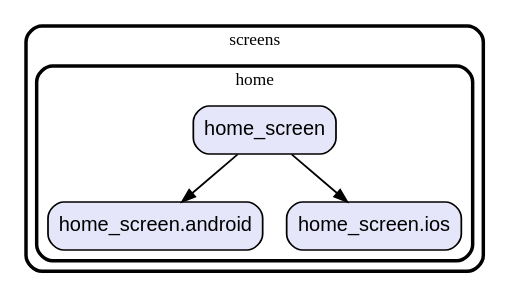
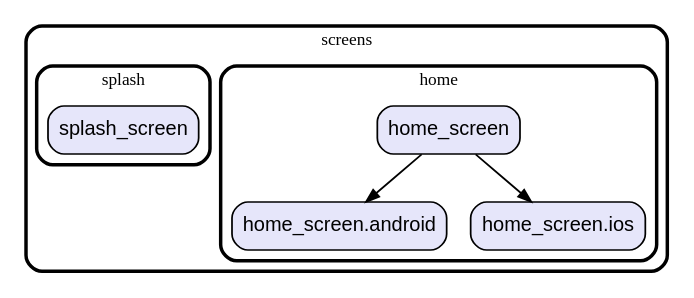
Before and after one commit to gev/reacthome-mobile: the diagram in graph/lib/ui/screens.dot, drawn with Graphviz. The commit also changed 23 other files, not shown here.

Commit message:
update modules dependencies graph

```diff
--- a/graph/lib/ui/screens.dot
+++ b/graph/lib/ui/screens.dot
@@ -1,19 +1,24 @@
 digraph "" {
   graph [style=rounded fontname="Arial Black" fontsize=13 penwidth=2.6];
   node [shape=rect style="filled,rounded" fontname=Arial fontsize=15 fillcolor=Lavender penwidth=1.3];
   edge [penwidth=1.3];
   "/home/home_screen.android.dart" [label="home_screen.android"];
   "/home/home_screen.ios.dart" [label="home_screen.ios"];
   "/home/home_screen.dart" [label="home_screen"];
+  "/splash/splash_screen.dart" [label="splash_screen"];
   subgraph "cluster~" {
     label="screens";
     subgraph "cluster~/home" {
       label="home";
       "/home/home_screen.android.dart";
       "/home/home_screen.ios.dart";
       "/home/home_screen.dart";
     }
+    subgraph "cluster~/splash" {
+      label="splash";
+      "/splash/splash_screen.dart";
+    }
   }
   "/home/home_screen.dart" -> "/home/home_screen.android.dart";
   "/home/home_screen.dart" -> "/home/home_screen.ios.dart";
 }
```
